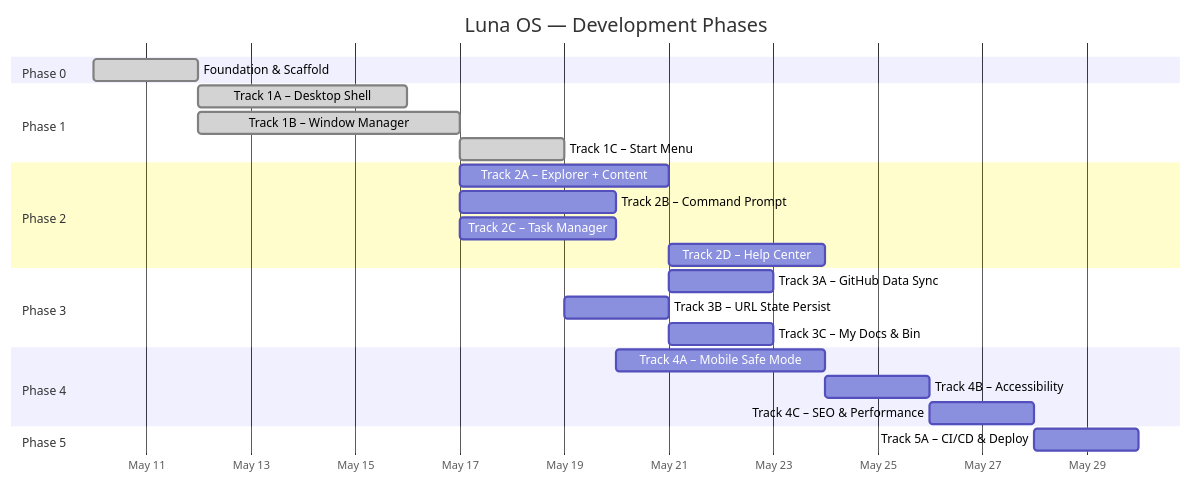
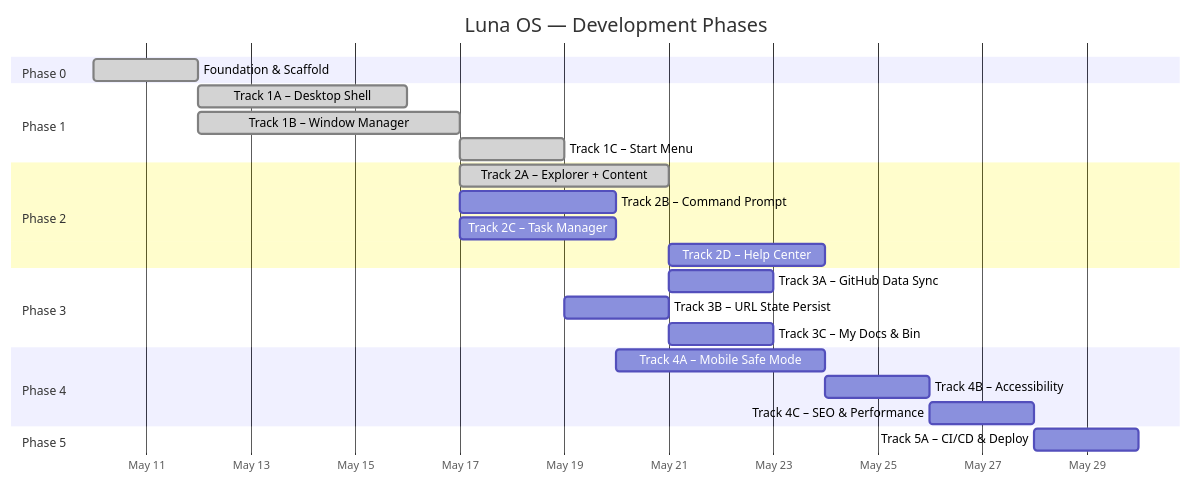
Before and after one commit to mansyar/portfolio-v3: the first of 2 diagrams in docs/ROADMAP.md, drawn with Mermaid. The commit also changed other lines of this file and 6 other files, not shown here.

First line of the commit message:
docs(roadmap): Mark Track 2A (Explorer + Content) as completed

````diff
--- a/docs/ROADMAP.md
+++ b/docs/ROADMAP.md
@@ -11,33 +11,33 @@
 ```mermaid
 gantt
     title Luna OS — Development Phases
     dateFormat  YYYY-MM-DD
     axisFormat  %b %d
 
     section Phase 0
     Foundation & Scaffold         :done, p0, 2026-05-10, 2d
 
     section Phase 1
     Track 1A – Desktop Shell      :done, p1a, after p0, 4d
     Track 1B – Window Manager     :done, p1b, after p0, 5d
     Track 1C – Start Menu         :done, p1c, after p1b, 2d
 
     section Phase 2
-    Track 2A – Explorer + Content :p2a, after p1b, 4d
+    Track 2A – Explorer + Content :done, p2a, after p1b, 4d
     Track 2B – Command Prompt     :p2b, after p1b, 3d
     Track 2C – Task Manager       :p2c, after p1b, 3d
     Track 2D – Help Center        :p2d, after p2a, 3d
 
     section Phase 3
     Track 3A – GitHub Data Sync   :p3a, after p2a, 2d
     Track 3B – URL State Persist  :p3b, after p1c, 2d
     Track 3C – My Docs & Bin      :p3c, after p2a, 2d
 
     section Phase 4
     Track 4A – Mobile Safe Mode   :p4a, after p2b, 4d
     Track 4B – Accessibility      :p4b, after p4a, 2d
     Track 4C – SEO & Performance  :p4c, after p4b, 2d
 
     section Phase 5
     Track 5A – CI/CD & Deploy     :p5a, after p4c, 2d
 ```
````
